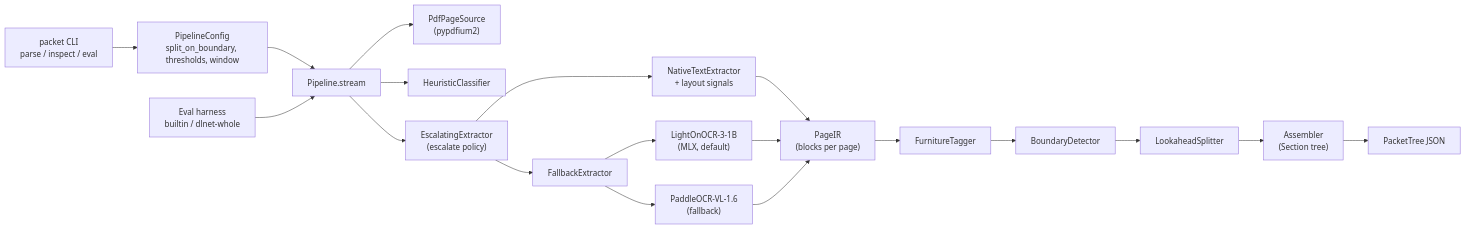
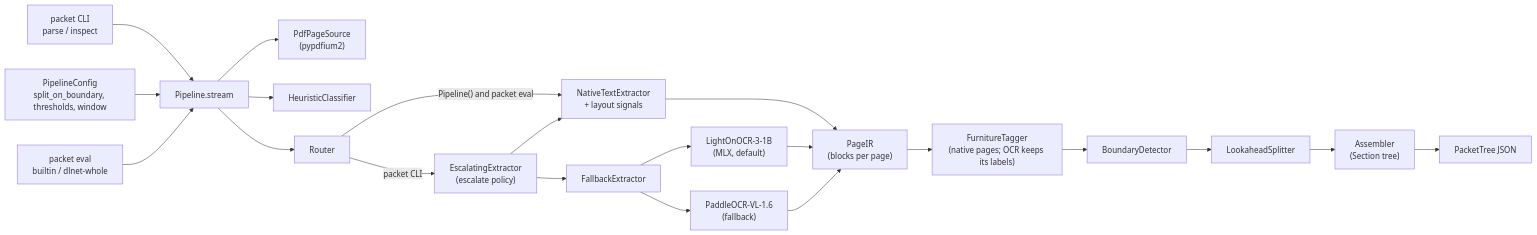
One commit to gman-robotics/packet changed the first of 3 diagrams in README.md. Above: the diagram before and after it, drawn with Mermaid. The commit also changed other lines of this file and 2 other files, not shown here.

Commit message:
docs: address review round 1 (classifier classes, --force-inspect, native-only furniture tagging, eval routing, PACKET_EVAL_DIR)

````diff
--- a/README.md
+++ b/README.md
@@ -81,21 +82,23 @@
 ```mermaid
 flowchart LR
-  CLI["packet CLI<br/>parse / inspect / eval"] --> CFG["PipelineConfig<br/>split_on_boundary, thresholds, window"]
-  CFG --> PIPE["Pipeline.stream"]
+  CLI["packet CLI<br/>parse / inspect"] --> PIPE["Pipeline.stream"]
+  CFG["PipelineConfig<br/>split_on_boundary, thresholds, window"] --> PIPE
   PIPE --> SRC["PdfPageSource<br/>(pypdfium2)"]
   PIPE --> CLS["HeuristicClassifier"]
-  PIPE --> ESC["EscalatingExtractor<br/>(escalate policy)"]
-  ESC --> NAT["NativeTextExtractor<br/>+ layout signals"]
+  PIPE --> RT["Router"]
+  RT -- "packet CLI" --> ESC["EscalatingExtractor<br/>(escalate policy)"]
+  RT -- "Pipeline() and packet eval" --> NAT["NativeTextExtractor<br/>+ layout signals"]
+  ESC --> NAT
   ESC --> OCR["FallbackExtractor"]
   OCR --> LON["LightOnOCR-3-1B<br/>(MLX, default)"]
   OCR --> PAD["PaddleOCR-VL-1.6<br/>(fallback)"]
   NAT --> IR["PageIR<br/>(blocks per page)"]
   LON --> IR
   PAD --> IR
-  IR --> FUR["FurnitureTagger"]
+  IR --> FUR["FurnitureTagger<br/>(native pages; OCR keeps its labels)"]
   FUR --> BD["BoundaryDetector"]
   BD --> LA["LookaheadSplitter"]
   LA --> ASM["Assembler<br/>(Section tree)"]
   ASM --> OUT["PacketTree JSON"]
-  EVAL["Eval harness<br/>builtin / dlnet-whole"] --> PIPE
+  EVAL["packet eval<br/>builtin / dlnet-whole"] --> PIPE
 ```
````
